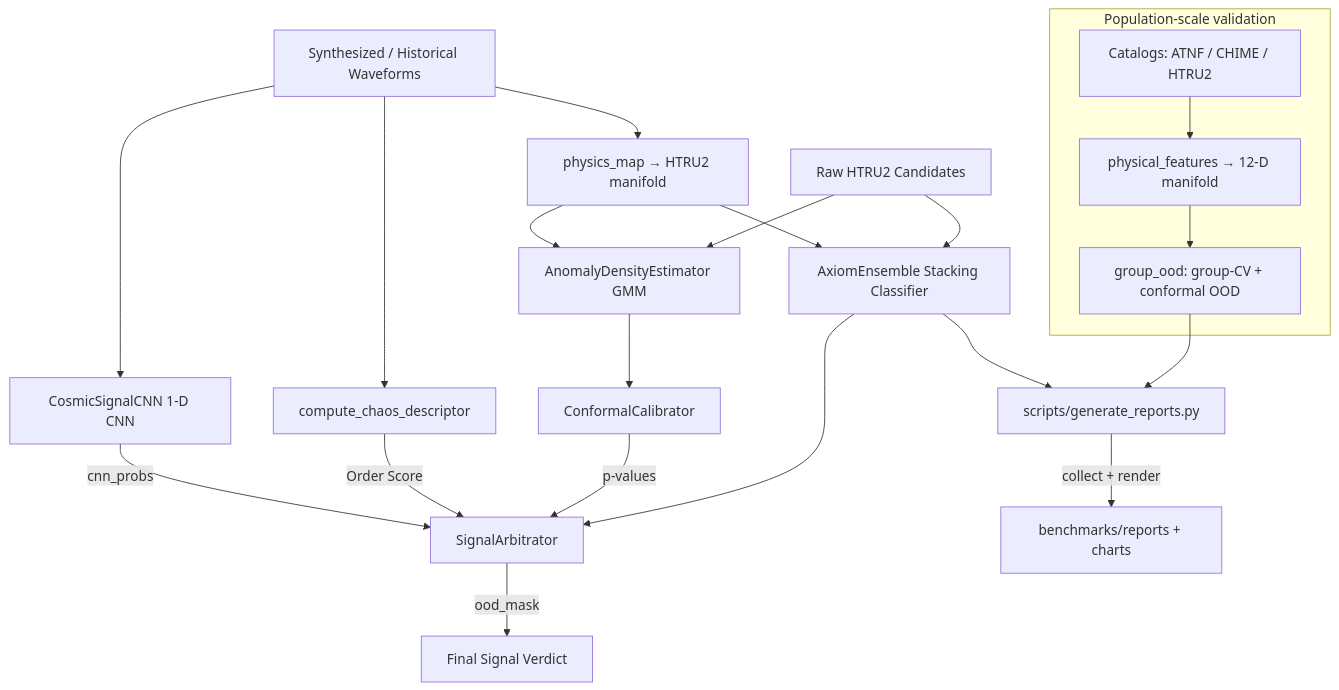
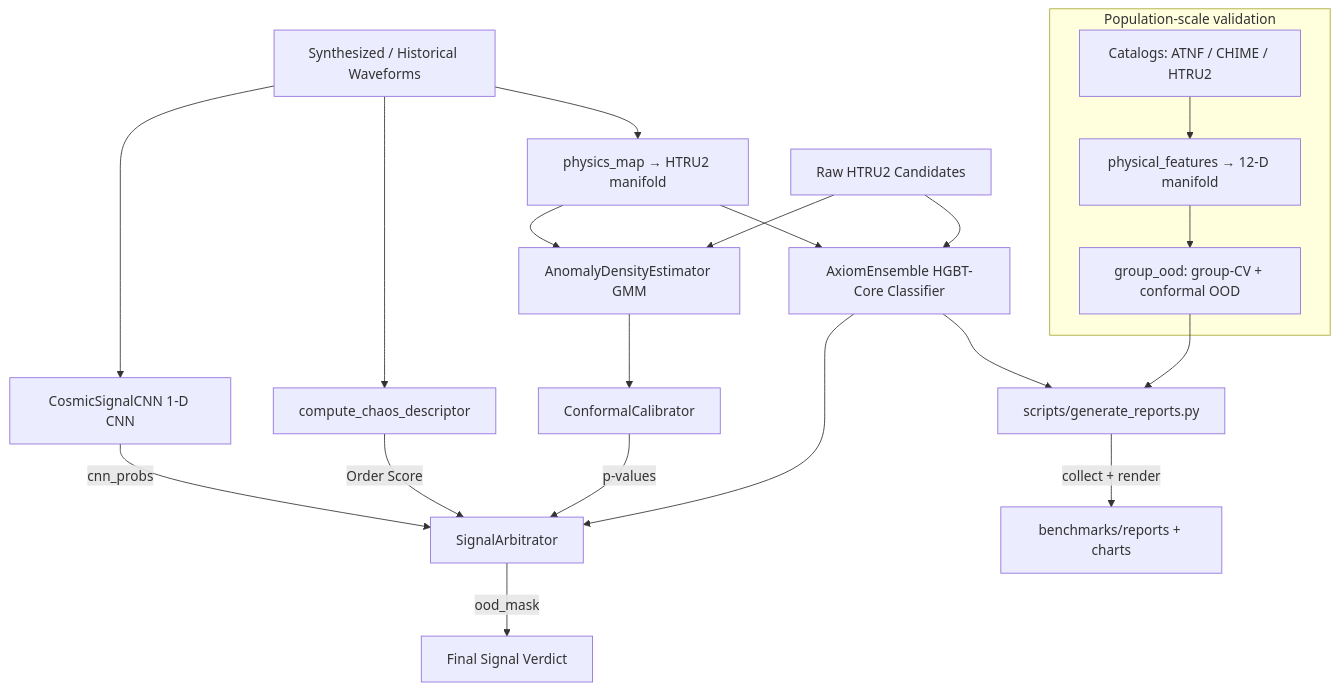
One commit to Zierax/Axiom-Astrophysics changed the diagram in docs/architecture.md. Above: the diagram before and after it, drawn with Mermaid. The commit also changed other lines of this file and 12 other files, not shown here.

````diff
--- a/docs/architecture.md
+++ b/docs/architecture.md
@@ -11,25 +11,25 @@
 ```mermaid
 graph TD
-    A[Raw HTRU2 Candidates] --> B[AxiomEnsemble Stacking Classifier]
+    A[Raw HTRU2 Candidates] --> B[AxiomEnsemble HGBT-Core Classifier]
     A --> C[AnomalyDensityEstimator GMM]
     B --> D[SignalArbitrator]
     C --> E[ConformalCalibrator]
     E -->|p-values| D
     F[Synthesized / Historical Waveforms] --> P[physics_map → HTRU2 manifold]
     P --> C
     P --> B
     F --> G[compute_chaos_descriptor]
     G -->|Order Score| D
     F --> K[CosmicSignalCNN 1-D CNN]
     K -->|cnn_probs| D
     D -->|ood_mask| H[Final Signal Verdict]
     subgraph Lane2[Population-scale validation]
       CA[Catalogs: ATNF / CHIME / HTRU2]
       CP[physical_features → 12-D manifold]
       CG[group_ood: group-CV + conformal OOD]
       CA --> CP --> CG
     end
     RG[scripts/generate_reports.py] -->|collect + render| RC[benchmarks/reports + charts]
     CG --> RG
     B --> RG
 ```
````
